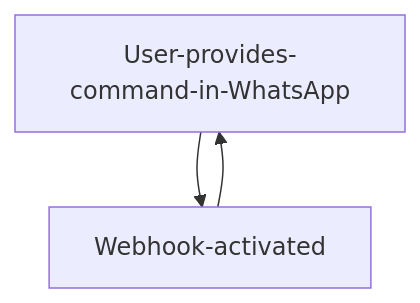
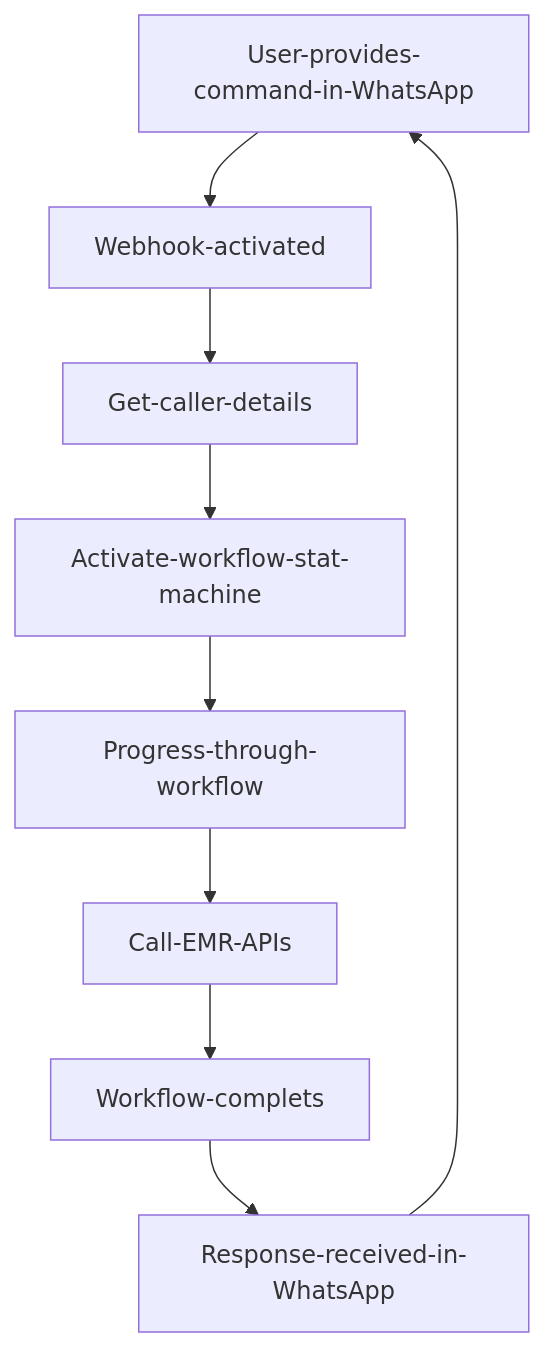
One commit to paragadev/whatsappbot-twilio-php-health changed the diagram in README.md. Above: the diagram before and after it, drawn with Mermaid. The commit also changed other lines of this file, not shown here.

````diff
--- a/README.md
+++ b/README.md
@@ -111,5 +100,11 @@
 ```mermaid
 graph TD;
     User-provides-command-in-WhatsApp-->Webhook-activated;
-    Webhook-activated-->User-provides-command-in-WhatsApp; 
+    Webhook-activated-->Get-caller-details;
+    Get-caller-details-->Activate-workflow-stat-machine;
+    Activate-workflow-stat-machine-->Progress-through-workflow;
+    Progress-through-workflow-->Call-EMR-APIs;
+    Call-EMR-APIs-->Workflow-complets;
+    Workflow-complets-->Response-received-in-WhatsApp;
+    Response-received-in-WhatsApp-->User-provides-command-in-WhatsApp;
 ```
````
